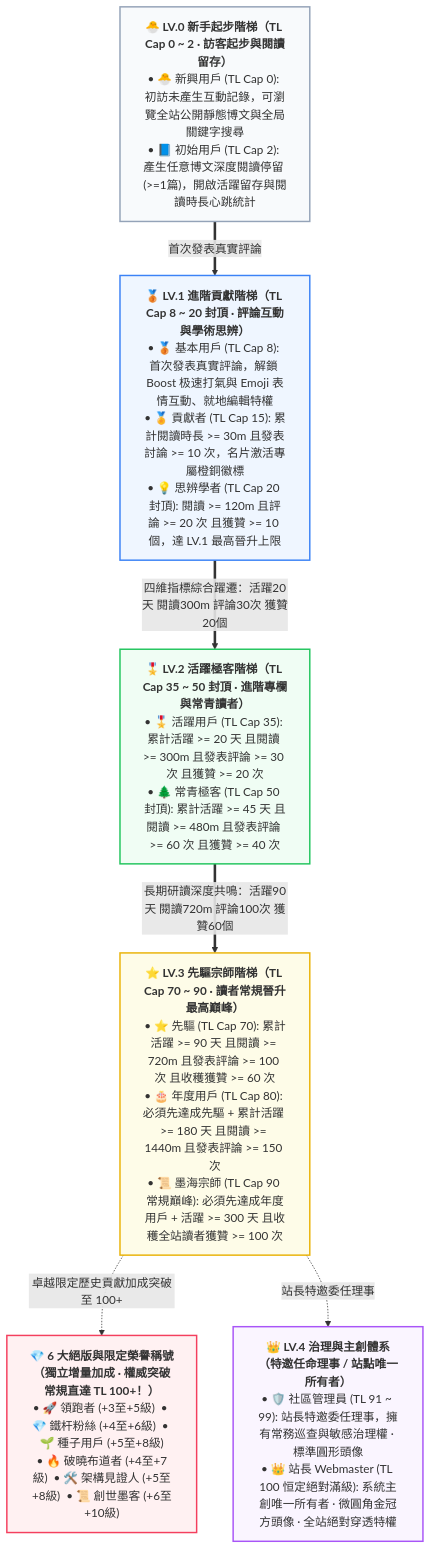
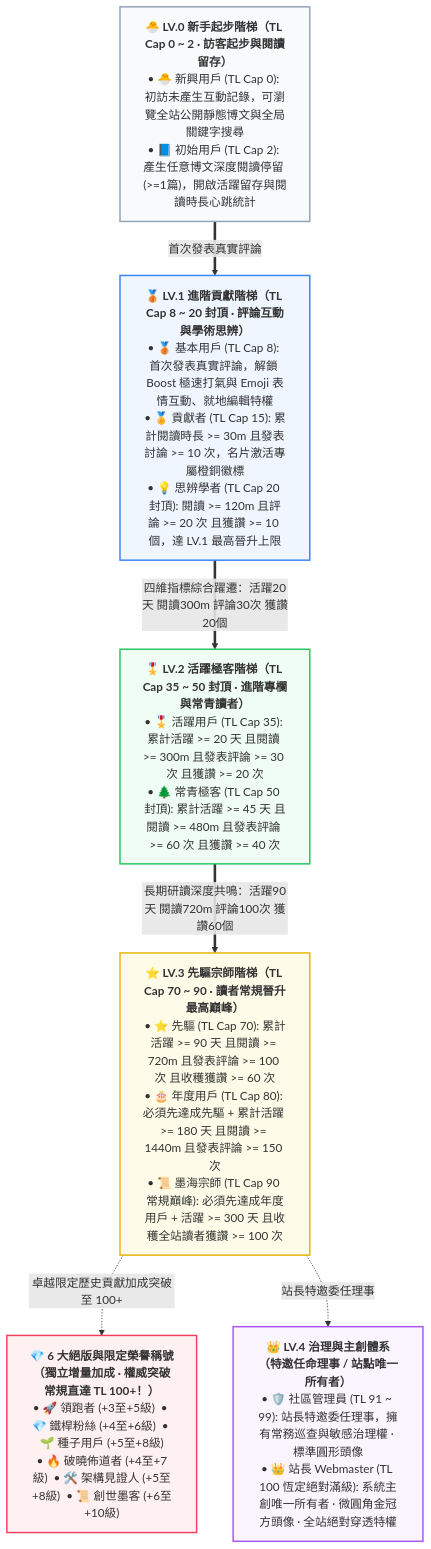
One commit to shijianus/astro-theme-shijianus changed the diagram in src/content/posts/badges-guide-zh-Hant.md. Above: the diagram before and after it, drawn with Mermaid. The commit also changed other lines of this file and 23 other files, not shown here.

````diff
--- a/src/content/posts/badges-guide-zh-Hant.md
+++ b/src/content/posts/badges-guide-zh-Hant.md
@@ -85,27 +85,27 @@
 ```mermaid
 flowchart TD
     classDef lv0 fill:#f8fafc,stroke:#94a3b8,stroke-width:2px;
     classDef lv1 fill:#eff6ff,stroke:#3b82f6,stroke-width:2px;
     classDef lv2 fill:#f0fdf4,stroke:#22c55e,stroke-width:2px;
     classDef lv3 fill:#fefce8,stroke:#eab308,stroke-width:2px;
     classDef lv4 fill:#faf5ff,stroke:#a855f7,stroke-width:2px;
     classDef spec fill:#fff1f2,stroke:#f43f5e,stroke-width:2px;
 
     LV0["<b>🐣 LV.0 新手起步階梯（TL Cap 0 ~ 2 · 訪客起步與閱讀留存）</b><br/>• 🐣 新興用戶 (TL Cap 0): 初訪未產生互動記錄，可瀏覽全站公開靜態博文與全局關鍵字搜尋<br/>• 📘 初始用戶 (TL Cap 2): 產生任意博文深度閱讀停留 (>=1篇)，開啟活躍留存與閱讀時長心跳統計"]:::lv0
 
-    LV1["<b>🥉 LV.1 進階貢獻階梯（TL Cap 8 ~ 20 封頂 · 評論互動與學術思辨）</b><br/>• 🥉 基本用戶 (TL Cap 8): 首次發表真實評論，解鎖 Boost 极速打氣與 Emoji 表情互動、就地編輯特權<br/>• 🏅 貢獻者 (TL Cap 15): 累計閱讀時長 >= 30m 且發表討論 >= 10 次，名片激活專屬橙銅徽標<br/>• 💡 思辨學者 (TL Cap 20 封頂): 閱讀 >= 120m 且評論 >= 20 次 且獲贊 >= 10 個，達 LV.1 最高晉升上限"]:::lv1
+    LV1["<b>🥉 LV.1 進階貢獻階梯（TL Cap 8 ~ 20 封頂 · 評論互動與學術思辨）</b><br/>• 🥉 基本用戶 (TL Cap 8): 首次發表真實評論，解鎖 Boost 極速打氣與 Emoji 表情互動、就地編輯特權<br/>• 🏅 貢獻者 (TL Cap 15): 累計閱讀時長 >= 30m 且發表討論 >= 10 次，名片激活專屬橙銅徽標<br/>• 💡 思辨學者 (TL Cap 20 封頂): 閱讀 >= 120m 且評論 >= 20 次 且獲讚 >= 10 個，達 LV.1 最高晉升上限"]:::lv1
 
-    LV2["<b>🎖️ LV.2 活躍極客階梯（TL Cap 35 ~ 50 封頂 · 進階專欄與常青讀者）</b><br/>• 🎖️ 活躍用戶 (TL Cap 35): 累計活躍 >= 20 天 且閱讀 >= 300m 且發表評論 >= 30 次 且獲贊 >= 20 次<br/>• 🌲 常青極客 (TL Cap 50 封頂): 累計活躍 >= 45 天 且閱讀 >= 480m 且發表評論 >= 60 次 且獲贊 >= 40 次"]:::lv2
+    LV2["<b>🎖️ LV.2 活躍極客階梯（TL Cap 35 ~ 50 封頂 · 進階專欄與常青讀者）</b><br/>• 🎖️ 活躍用戶 (TL Cap 35): 累計活躍 >= 20 天 且閱讀 >= 300m 且發表評論 >= 30 次 且獲讚 >= 20 次<br/>• 🌲 常青極客 (TL Cap 50 封頂): 累計活躍 >= 45 天 且閱讀 >= 480m 且發表評論 >= 60 次 且獲讚 >= 40 次"]:::lv2
 
-    LV3["<b>⭐ LV.3 先驅宗師階梯（TL Cap 70 ~ 90 · 讀者常規晉升最高巔峰）</b><br/>• ⭐ 先驅 (TL Cap 70): 累計活躍 >= 90 天 且閱讀 >= 720m 且發表評論 >= 100 次 且收穫獲贊 >= 60 次<br/>• 🎂 年度用戶 (TL Cap 80): 必須先達成先驅 + 累計活躍 >= 180 天 且閱讀 >= 1440m 且發表評論 >= 150 次<br/>• 📜 墨海宗師 (TL Cap 90 常規巔峰): 必須先達成年度用戶 + 活躍 >= 300 天 且收穫全站讀者獲贊 >= 100 次"]:::lv3
+    LV3["<b>⭐ LV.3 先驅宗師階梯（TL Cap 70 ~ 90 · 讀者常規晉升最高巔峰）</b><br/>• ⭐ 先驅 (TL Cap 70): 累計活躍 >= 90 天 且閱讀 >= 720m 且發表評論 >= 100 次 且收穫獲讚 >= 60 次<br/>• 🎂 年度用戶 (TL Cap 80): 必須先達成先驅 + 累計活躍 >= 180 天 且閱讀 >= 1440m 且發表評論 >= 150 次<br/>• 📜 墨海宗師 (TL Cap 90 常規巔峰): 必須先達成年度用戶 + 活躍 >= 300 天 且收穫全站讀者獲讚 >= 100 次"]:::lv3
 
-    SPEC["<b>💎 6 大絕版與限定榮譽稱號（獨立增量加成 · 權威突破常規直達 TL 100+！）</b><br/>• 🚀 領跑者 (+3至+5級)  • 💎 鐵杆粉絲 (+4至+6級)  • 🌱 種子用戶 (+5至+8級)<br/>• 🔥 破曉布道者 (+4至+7級)  • 🛠️ 架構見證人 (+5至+8級)  • 📜 創世墨客 (+6至+10級)"]:::spec
+    SPEC["<b>💎 6 大絕版與限定榮譽稱號（獨立增量加成 · 權威突破常規直達 TL 100+！）</b><br/>• 🚀 領跑者 (+3至+5級)  • 💎 鐵桿粉絲 (+4至+6級)  • 🌱 種子用戶 (+5至+8級)<br/>• 🔥 破曉佈道者 (+4至+7級)  • 🛠️ 架構見證人 (+5至+8級)  • 📜 創世墨客 (+6至+10級)"]:::spec
 
-    LV4["<b>👑 LV.4 治理與主創體系（特邀任命理事 / 站點唯一所有者）</b><br/>• 🛡️ 社區管理員 (TL 91 ~ 99): 站長特邀委任理事，擁有常務巡查與敏感治理權 · 標準圓形頭像<br/>• 👑 站長 Webmaster (TL 100 恒定絕對滿級): 系統主創唯一所有者 · 微圓角金冠方頭像 · 全站絕對穿透特權"]:::lv4
+    LV4["<b>👑 LV.4 治理與主創體系（特邀任命理事 / 站點唯一所有者）</b><br/>• 🛡️ 社區管理員 (TL 91 ~ 99): 站長特邀委任理事，擁有常務巡查與敏感治理權 · 標準圓形頭像<br/>• 👑 站長 Webmaster (TL 100 恆定絕對滿級): 系統主創唯一所有者 · 微圓角金冠方頭像 · 全站絕對穿透特權"]:::lv4
 
     LV0 ==>|首次發表真實評論| LV1
-    LV1 ==>|四維指標綜合躍遷：活躍20天 閱讀300m 評論30次 獲贊20個| LV2
-    LV2 ==>|長期研讀深度共鳴：活躍90天 閱讀720m 評論100次 獲贊60個| LV3
+    LV1 ==>|四維指標綜合躍遷：活躍20天 閱讀300m 評論30次 獲讚20個| LV2
+    LV2 ==>|長期研讀深度共鳴：活躍90天 閱讀720m 評論100次 獲讚60個| LV3
     LV3 -. 卓越限定歷史貢獻加成突破至 100+ .-> SPEC
     LV3 -. 站長特邀委任理事 .-> LV4
 ```
````
